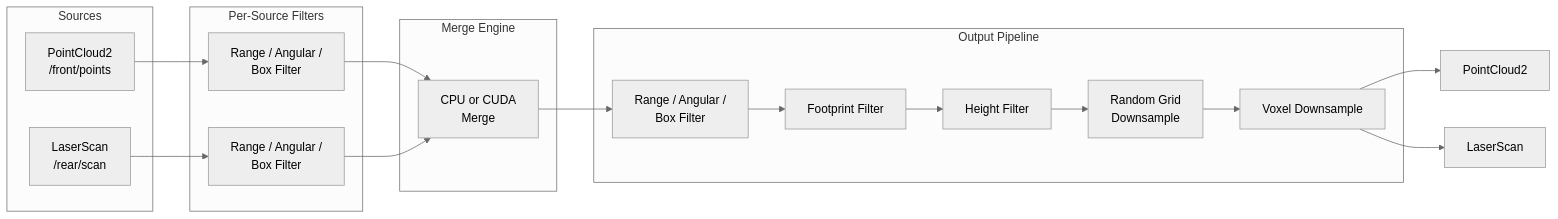
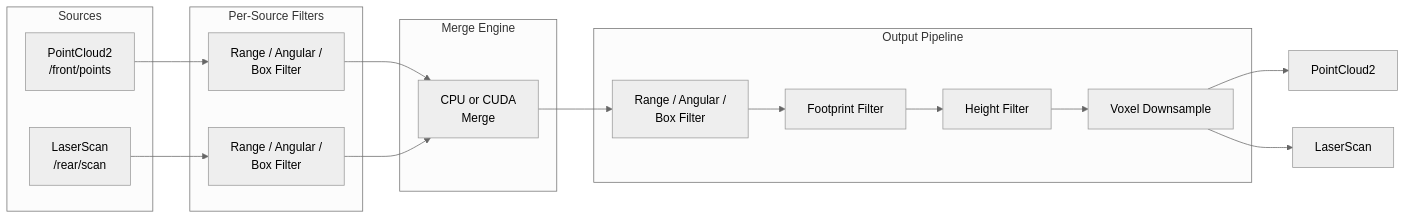
Before and after one commit to Pana1v/polka: the fourth of 4 diagrams in README.md, drawn with Mermaid (neutral theme). The commit also changed other lines of this file, not shown here.

First line of the commit message:
docs: remove random_grid from README

````diff
--- a/README.md
+++ b/README.md
@@ -291,30 +284,29 @@
 ```mermaid
 graph LR
     subgraph Sources
         PC[PointCloud2<br/>/front/points]
         LS[LaserScan<br/>/rear/scan]
     end
 
     subgraph Per-Source Filters
         PF1[Range / Angular /<br/>Box Filter]
         PF2[Range / Angular /<br/>Box Filter]
     end
 
     subgraph Merge Engine
         ME[CPU or CUDA<br/>Merge]
     end
 
     subgraph Output Pipeline
         OF[Range / Angular /<br/>Box Filter]
         FF[Footprint Filter]
         HF[Height Filter]
-        RG[Random Grid<br/>Downsample]
         VX[Voxel Downsample]
     end
 
     PC --> PF1 --> ME
     LS --> PF2 --> ME
-    ME --> OF --> FF --> HF --> RG --> VX
+    ME --> OF --> FF --> HF --> VX
     VX --> OUT_PC[PointCloud2]
     VX --> OUT_LS[LaserScan]
 ```
````
